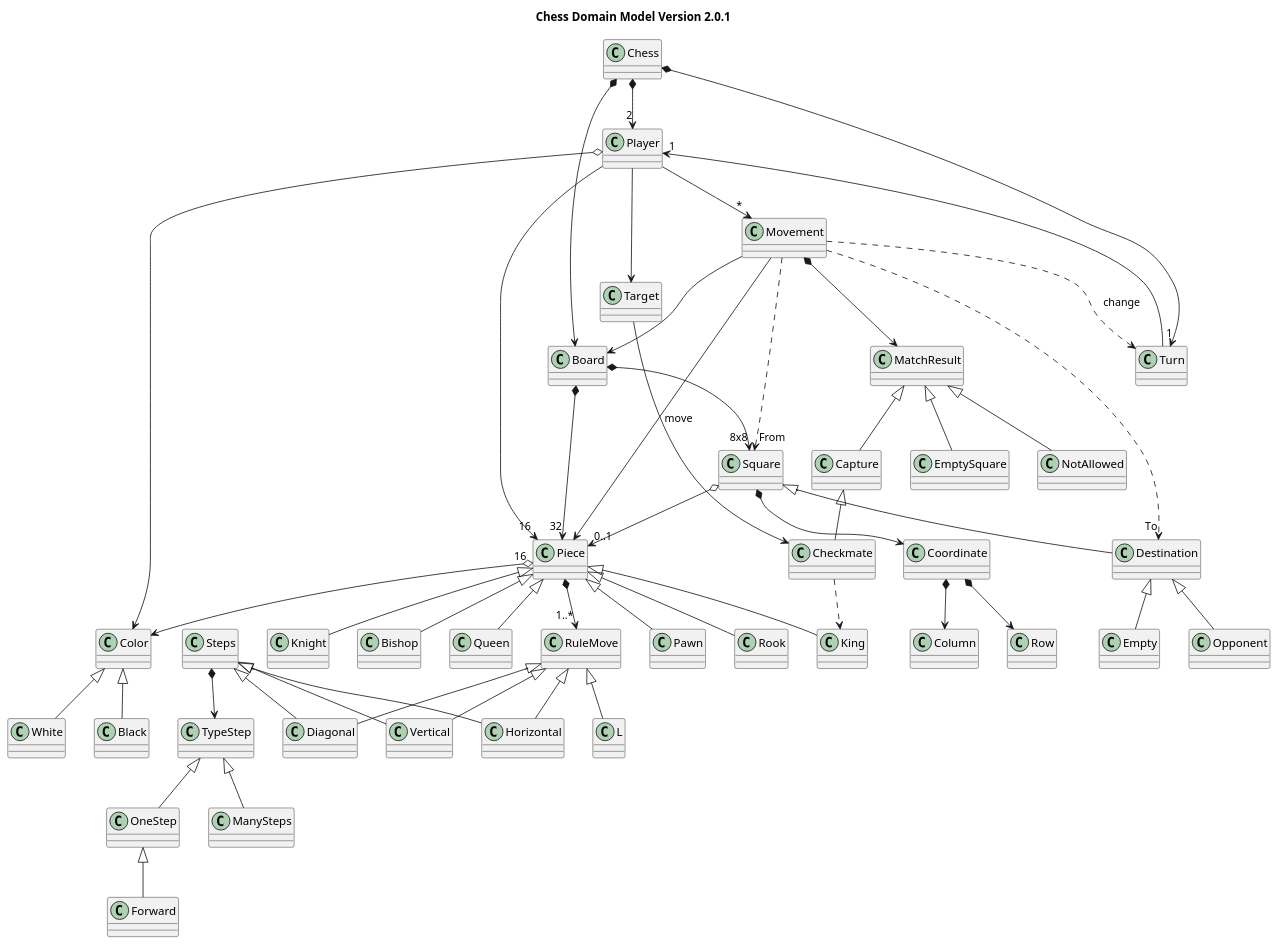
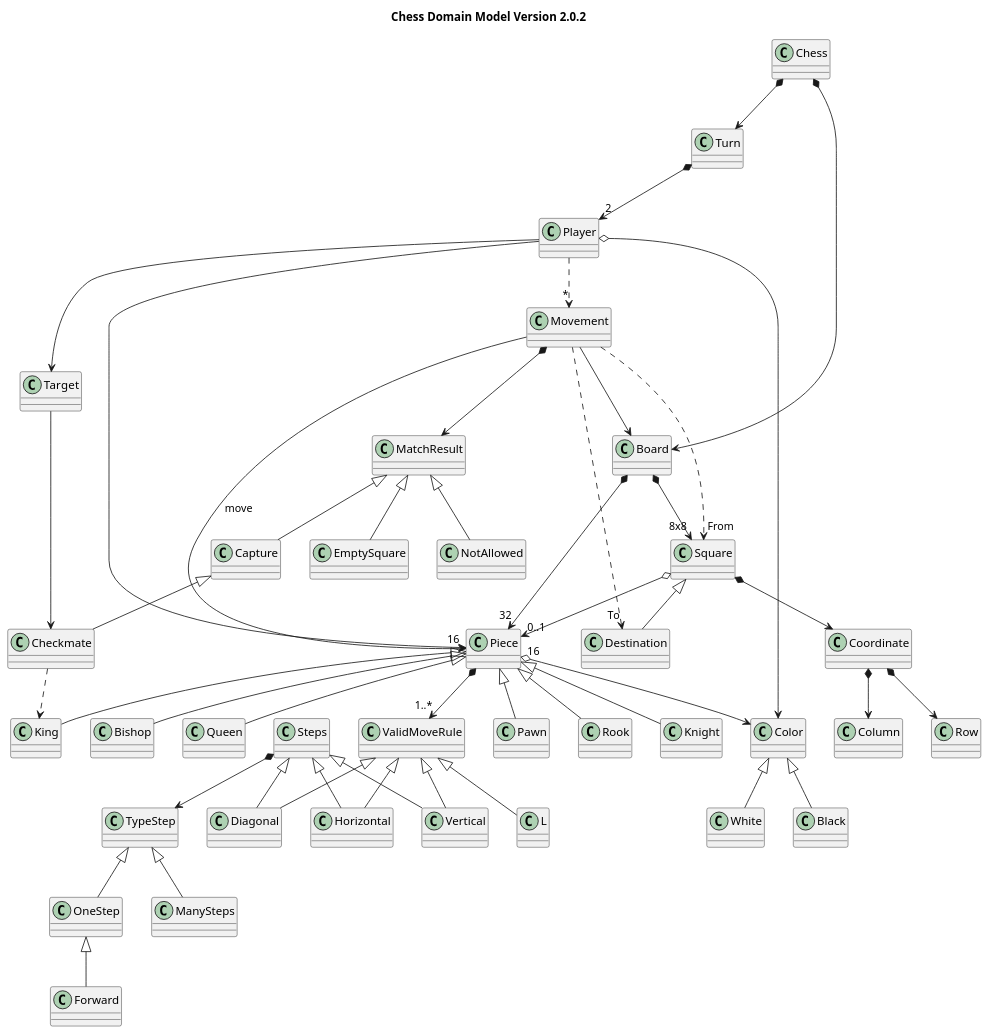
One commit to Master-Desarrollo-20-21/ejercicio-4-ajedrez-polimorfismo-kodenix changed the diagram in chess-domainmodel.puml. Above: the diagram before and after it, drawn with PlantUML. The commit also changed 18 other files, not shown here.

```diff
--- a/chess-domainmodel.puml
+++ b/chess-domainmodel.puml
@@ -1,97 +1,88 @@
-@startuml ChessDomainModel_v2_0_1
+@startuml ChessDomainModel_v2_0_2
 
-	title Chess Domain Model Version 2.0.1
-
+	title Chess Domain Model Version 2.0.2
+	
 	class Chess
     class Square
-	class Empty
-	class Opponent
-    class Coordinate
-    
-	together {
-		
-	}
-	class Player	
-	class RuleMove
-	
-	
+    class Player
+	class Coordinate
+	class ValidMoveRule
 	class Board
 	class Piece
 	class Movement
 	class Turn
-	class RuleMove
 	class Pawn
 	class Rook
 	class Knight
 	class Bishop
 	class Queen
 	class King
 	class Color
 	class White
 	class Black
-	class Checkmate
-	class Capture
 	class Target
 	class Steps
 	class TypeStep
 	class OneStep
 	class Forward
 	class ManySteps
 	class Destination
 	class Checkmate
+	
+	class MatchResult
 	class EmptySquare
+	class Checkmate
+	class Capture
+	class NotAllowed
+	
 
-	Chess *--> "1" Turn
 	Chess *--> Board
-	Chess *--> "2" Player
-	Turn --> "1" Player
+	Chess *--> Turn
+	Turn *--> "2" Player
     Board *--> "8x8" Square
 	Board *--> "32" Piece
 	Player o--> Color
 	Player --> Target
-	Player --> "*" Movement
+	Player ..> "*" Movement
 	Player --> "16" Piece
 	Target --> Checkmate
 	Color ^-- White
 	Color ^-- Black
-	Piece *--> "1..*" RuleMove
+	Piece *--> "1..*" ValidMoveRule
 	Piece ^-- Pawn
 	Piece ^-- Bishop
 	Piece ^-- Knight
 	Piece ^-- Rook
 	Piece ^-- Queen
 	Piece ^-- King
 	Piece "16" o--> Color
 	Movement --> Board
 	Movement ..> "To" Destination
     Movement ..> "From" Square
 	Movement --> Piece : move
 	Movement *--> MatchResult
-	Movement ..> Turn : change
 	MatchResult ^-- Capture
 	MatchResult ^-- EmptySquare
 	MatchResult ^-- NotAllowed
 	Capture ^-- Checkmate
 	Checkmate ..>  King
 	Square *--> Coordinate
 	Square ^-- Destination
 	Square o--> "0..1" Piece
 	Coordinate *--> Row
 	Coordinate *--> Column
-	Destination ^-- Empty
-	Destination ^-- Opponent	
-	RuleMove ^-- Horizontal
-	RuleMove ^-- Vertical
-	RuleMove ^-- Diagonal
-	RuleMove ^-- L
+	ValidMoveRule ^-- Horizontal
+	ValidMoveRule ^-- Vertical
+	ValidMoveRule ^-- Diagonal
+	ValidMoveRule ^-- L
 	Steps *--> TypeStep
 	TypeStep ^-- OneStep
 	OneStep ^-- Forward
 	TypeStep ^-- ManySteps
 	Steps ^-- Horizontal
 	Steps ^-- Vertical
 	Steps ^-- Diagonal
 
 	
 
 @enduml
```
